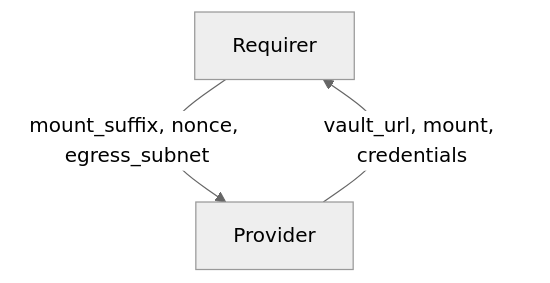
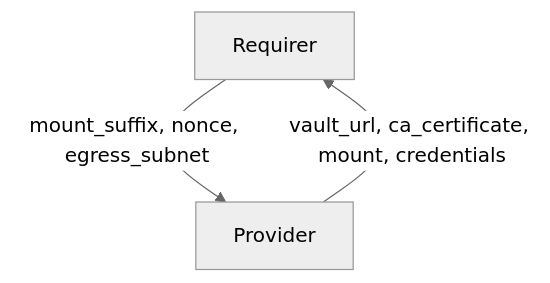
One commit to canonical/charm-relation-interfaces changed the diagram in interfaces/vault_kv/v0/README.md. Above: the diagram before and after it, drawn with Mermaid (neutral theme). The commit also changed other lines of this file and 2 other files, not shown here.

First line of the commit message:
feat: add ca_certificate field in vault-kv relation

````diff
--- a/interfaces/vault_kv/v0/README.md
+++ b/interfaces/vault_kv/v0/README.md
@@ -9,5 +9,5 @@
 ```mermaid
 flowchart TD
     Requirer -- mount_suffix, nonce, egress_subnet --> Provider
-    Provider -- vault_url, mount, credentials --> Requirer
+    Provider -- vault_url, ca_certificate, mount, credentials --> Requirer
 ```
````
